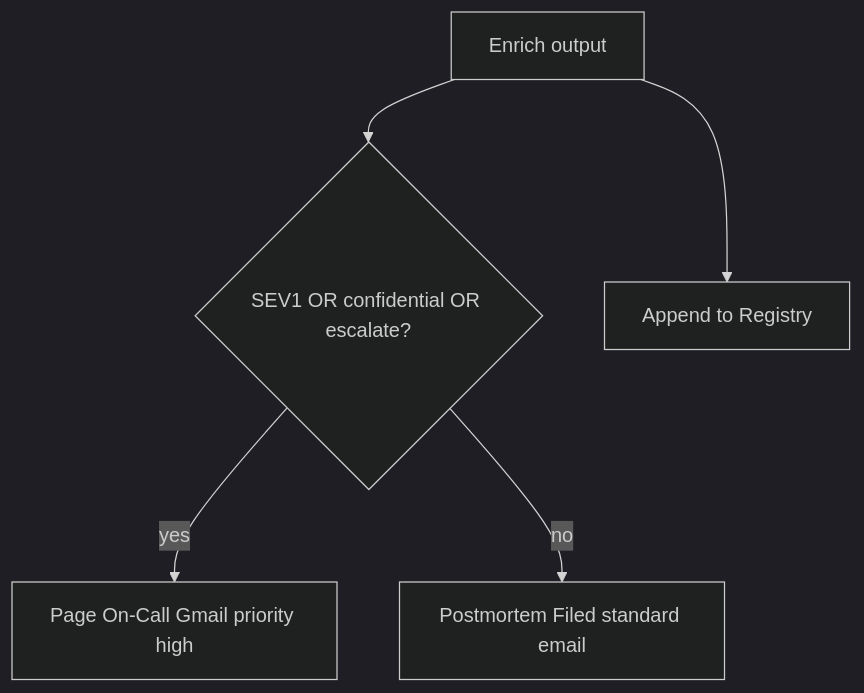
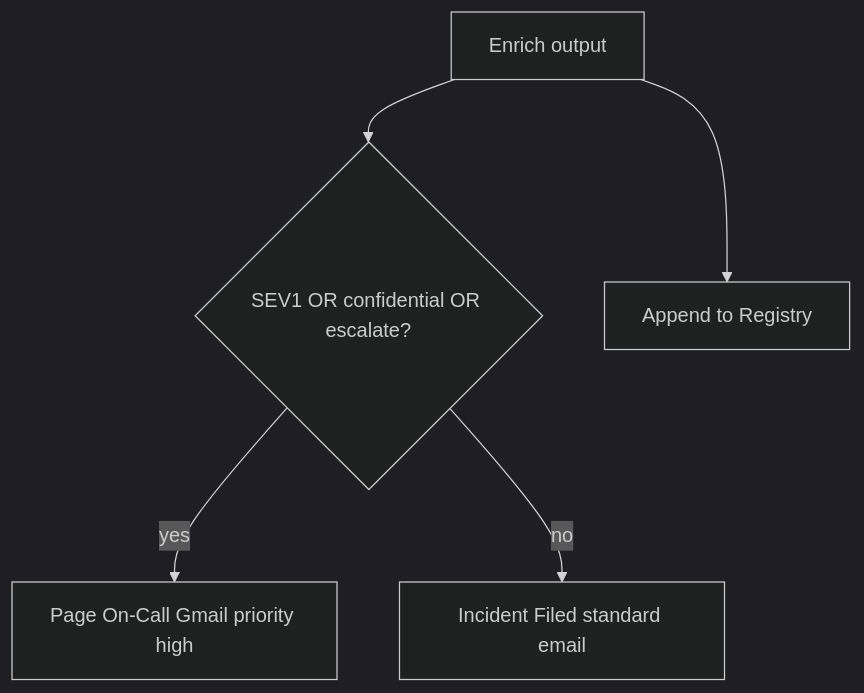
The sixth of 10 diagrams in docs/architecture.md (reem-mor/hindsight), drawn with Mermaid (dark theme) before and after one commit. The commit also changed other lines of this file and 122 other files, not shown here.

````diff
--- a/docs/architecture.md
+++ b/docs/architecture.md
@@ -93,7 +93,7 @@
 ```mermaid
 flowchart TD
   E[Enrich output] --> IF{SEV1 OR confidential OR escalate?}
   IF -->|yes| Page[Page On-Call Gmail priority high]
-  IF -->|no| Digest[Postmortem Filed standard email]
+  IF -->|no| Digest[Incident Filed standard email]
   E --> Sheets[Append to Registry]
 ```
````
